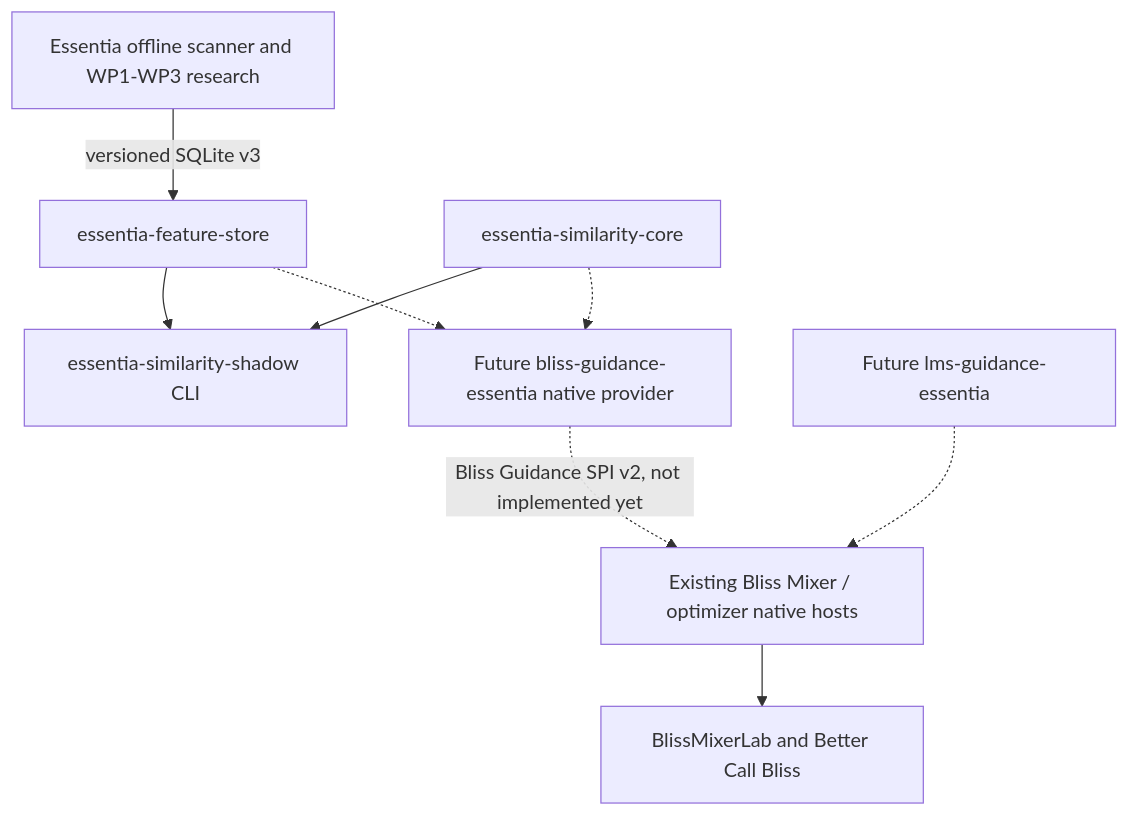
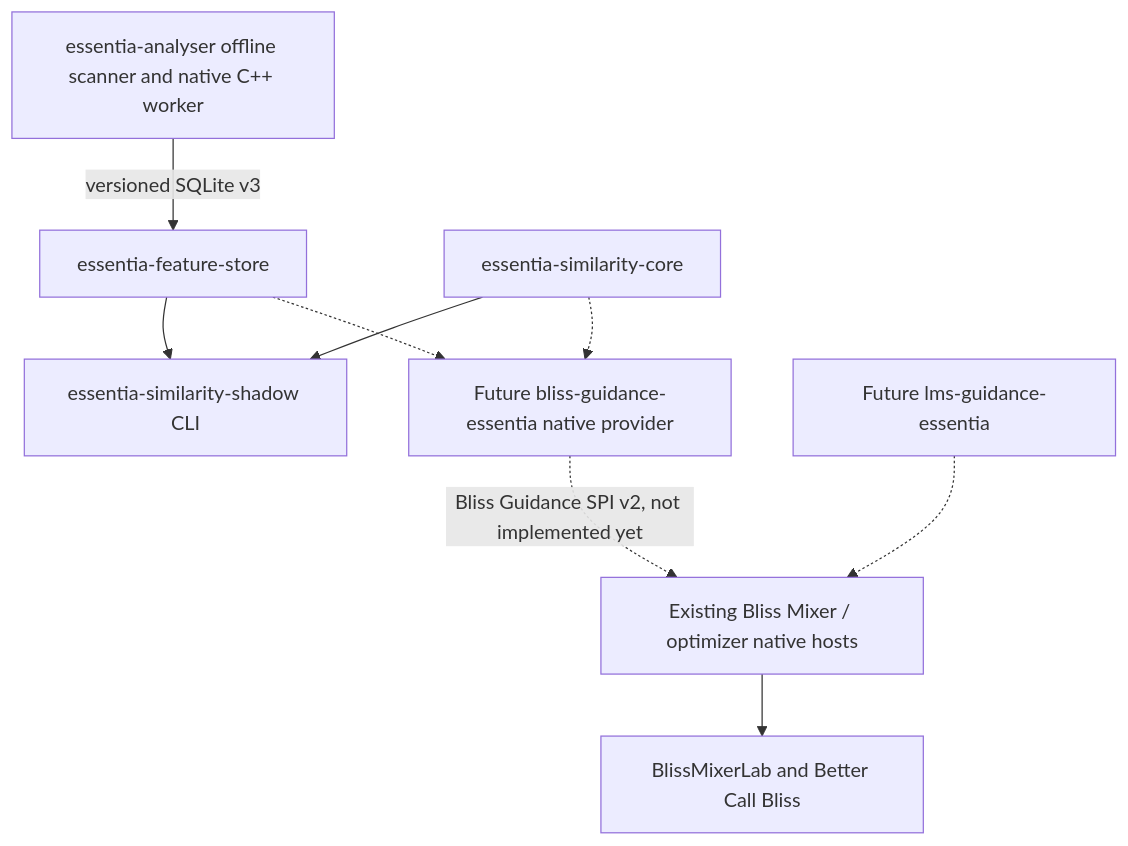
Before and after one commit to chrober/essentia-similarity: the diagram in docs/architecture.md, drawn with Mermaid. The commit also changed other lines of this file, not shown here.

Commit message:
docs: point standalone similarity engine to canonical essentia-analyser producer and retained research lab

````diff
--- a/docs/architecture.md
+++ b/docs/architecture.md
@@ -3,11 +3,11 @@
 ```mermaid
 flowchart TB
-  Scanner[Essentia offline scanner and WP1-WP3 research] -->|versioned SQLite v3| Store[essentia-feature-store]
+  Scanner[essentia-analyser offline scanner and native C++ worker] -->|versioned SQLite v3| Store[essentia-feature-store]
   Store --> Shadow[essentia-similarity-shadow CLI]
   Core[essentia-similarity-core] --> Shadow
   Core -.-> Native[Future bliss-guidance-essentia native provider]
   Store -.-> Native
   Native -.->|Bliss Guidance SPI v2, not implemented yet| Host[Existing Bliss Mixer / optimizer native hosts]
   Plugin[Future lms-guidance-essentia] -.-> Host
   Host --> Applications[BlissMixerLab and Better Call Bliss]
 ```
````
